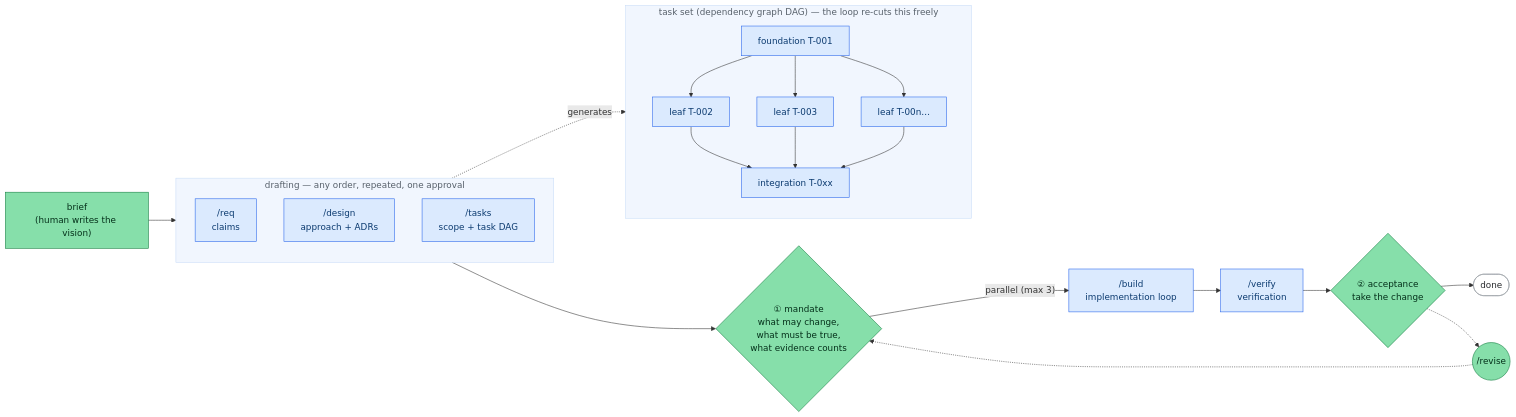
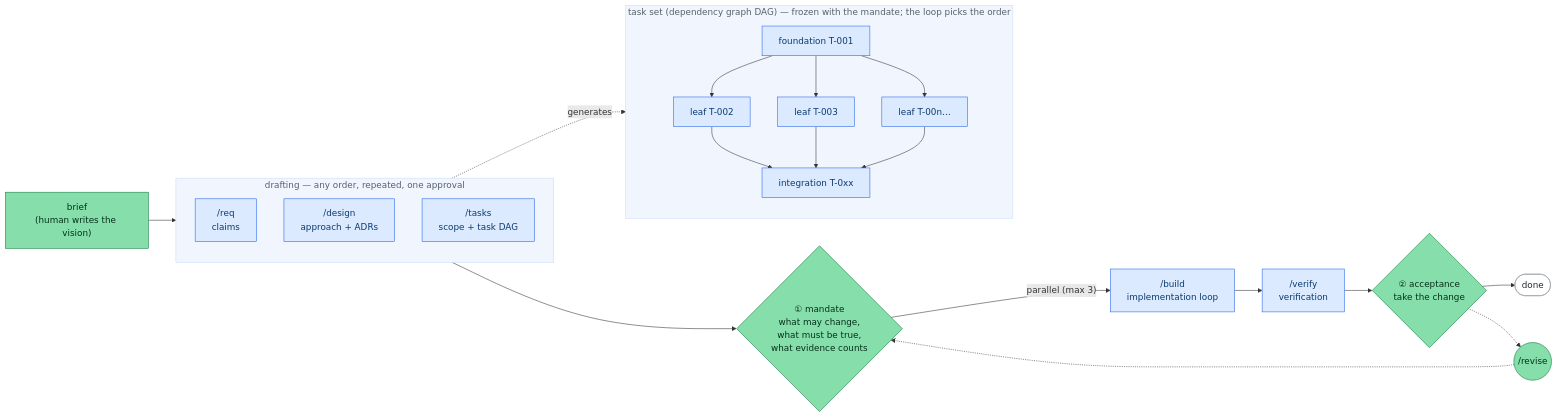
One commit to komoroko/loose-rein-kit changed the diagram in README.md. Above: the diagram before and after it, drawn with Mermaid. The commit also changed other lines of this file and 30 other files, not shown here.

````diff
--- a/README.md
+++ b/README.md
@@ -16,47 +16,47 @@
 ```mermaid
 flowchart LR
     brief["brief<br/>(human writes the vision)"]:::human
 
     subgraph DRAFT["drafting — any order, repeated, one approval"]
         direction TB
         req["/req<br/>claims"]:::agent
         design["/design<br/>approach + ADRs"]:::agent
         tasks["/tasks<br/>scope + task DAG"]:::agent
     end
 
     g1{"① mandate<br/>what may change,<br/>what must be true,<br/>what evidence counts"}:::human
     build["/build<br/>implementation loop"]:::agent
     verify["/verify<br/>verification"]:::agent
     g2{"② acceptance<br/>take the change"}:::human
     done(["done"])
 
-    subgraph TASKS["task set (dependency graph DAG) — the loop re-cuts this freely"]
+    subgraph TASKS["task set (dependency graph DAG) — frozen with the mandate; the loop picks the order"]
         direction TB
         T1["foundation T-001"]:::agent
         T2["leaf T-002"]:::agent
         T3["leaf T-003"]:::agent
         Tn["leaf T-00n…"]:::agent
         TI["integration T-0xx"]:::agent
         T1 --> T2
         T1 --> T3
         T1 --> Tn
         T2 --> TI
         T3 --> TI
         Tn --> TI
     end
 
     brief --> DRAFT --> g1
     g1 -->|"parallel (max 3)"| build
     tasks -.->|generates| T1
     build --> verify --> g2 --> done
 
     RV(("/revise")):::human
     g2 -.-> RV
     RV -.-> g1
 
     classDef agent fill:#dbeafe,stroke:#2563eb,color:#0b3a6f;
     classDef human fill:#86dfaa,stroke:#0f7a3d,color:#04301a;
     style DRAFT fill:#f1f6fe,stroke:#c9ddf7,color:#57606a;
     style TASKS fill:#f1f6fe,stroke:#c9ddf7,color:#57606a;
     style done fill:#ffffff,stroke:#9aa0a6,color:#26282b;
 ```
````
